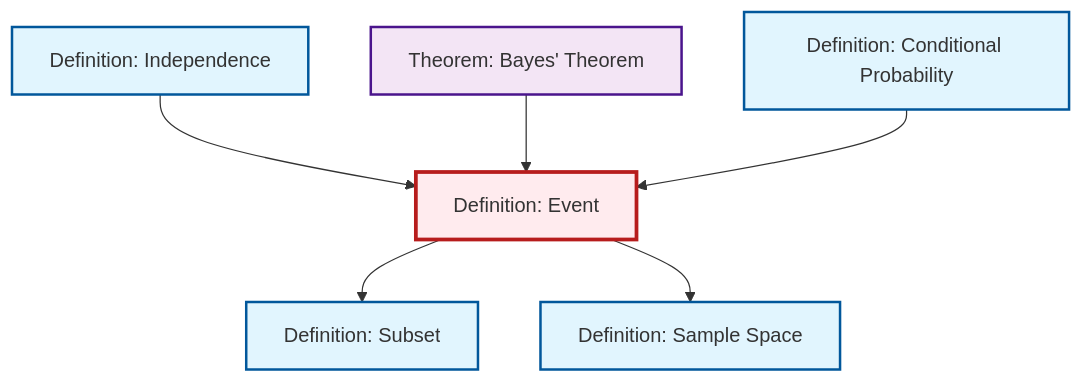
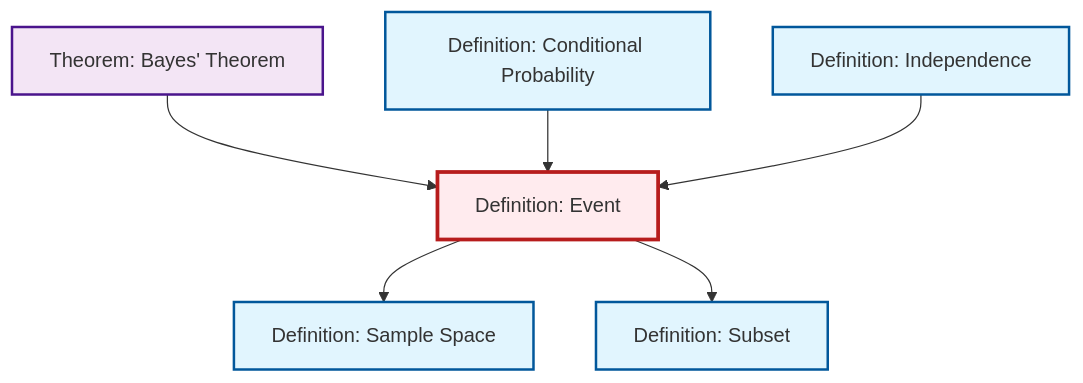
One commit to RK0429/ModernMath changed the diagram in content/en/probability-statistics/def-event.qmd. Above: the diagram before and after it, drawn with Mermaid. The commit also changed other lines of this file and 654 other files, not shown here.

````diff
--- a/content/en/probability-statistics/def-event.qmd
+++ b/content/en/probability-statistics/def-event.qmd
@@ -69,26 +69,26 @@
 ```{mermaid}
 %%| fig-cap: "Local dependency graph"
 graph TD
     classDef definition fill:#e1f5fe,stroke:#01579b,stroke-width:2px
     classDef theorem fill:#f3e5f5,stroke:#4a148c,stroke-width:2px
     classDef axiom fill:#fff3e0,stroke:#e65100,stroke-width:2px
     classDef example fill:#e8f5e9,stroke:#1b5e20,stroke-width:2px
     classDef current fill:#ffebee,stroke:#b71c1c,stroke-width:3px
-    def-independence["Definition: Independence"]:::definition
+    def-event["Definition: Event"]:::definition
     def-conditional-probability["Definition: Conditional Probability"]:::definition
     thm-bayes["Theorem: Bayes' Theorem"]:::theorem
-    def-event["Definition: Event"]:::definition
     def-subset["Definition: Subset"]:::definition
     def-sample-space["Definition: Sample Space"]:::definition
+    def-independence["Definition: Independence"]:::definition
+    thm-bayes --> def-event
+    def-event --> def-sample-space
+    def-event --> def-subset
+    def-conditional-probability --> def-event
     def-independence --> def-event
-    thm-bayes --> def-event
-    def-conditional-probability --> def-event
-    def-event --> def-subset
-    def-event --> def-sample-space
     class def-event current
-    click def-independence "def-independence.html" "Go to Independence definition"
     click def-conditional-probability "def-conditional-probability.html" "Go to Conditional Probability definition"
     click thm-bayes "thm-bayes.html" "Go to Bayes' Theorem theorem"
     click def-subset "def-subset.html" "Go to Subset definition"
     click def-sample-space "def-sample-space.html" "Go to Sample Space definition"
+    click def-independence "def-independence.html" "Go to Independence definition"
 ```
````
